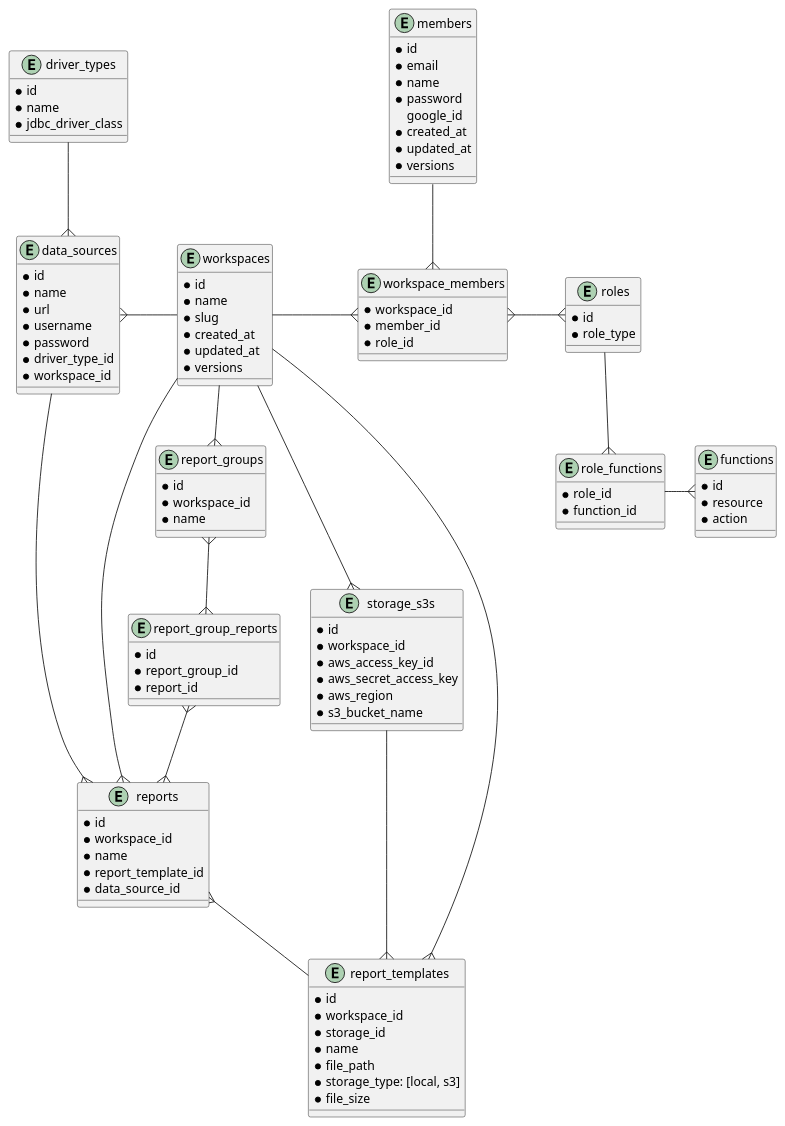
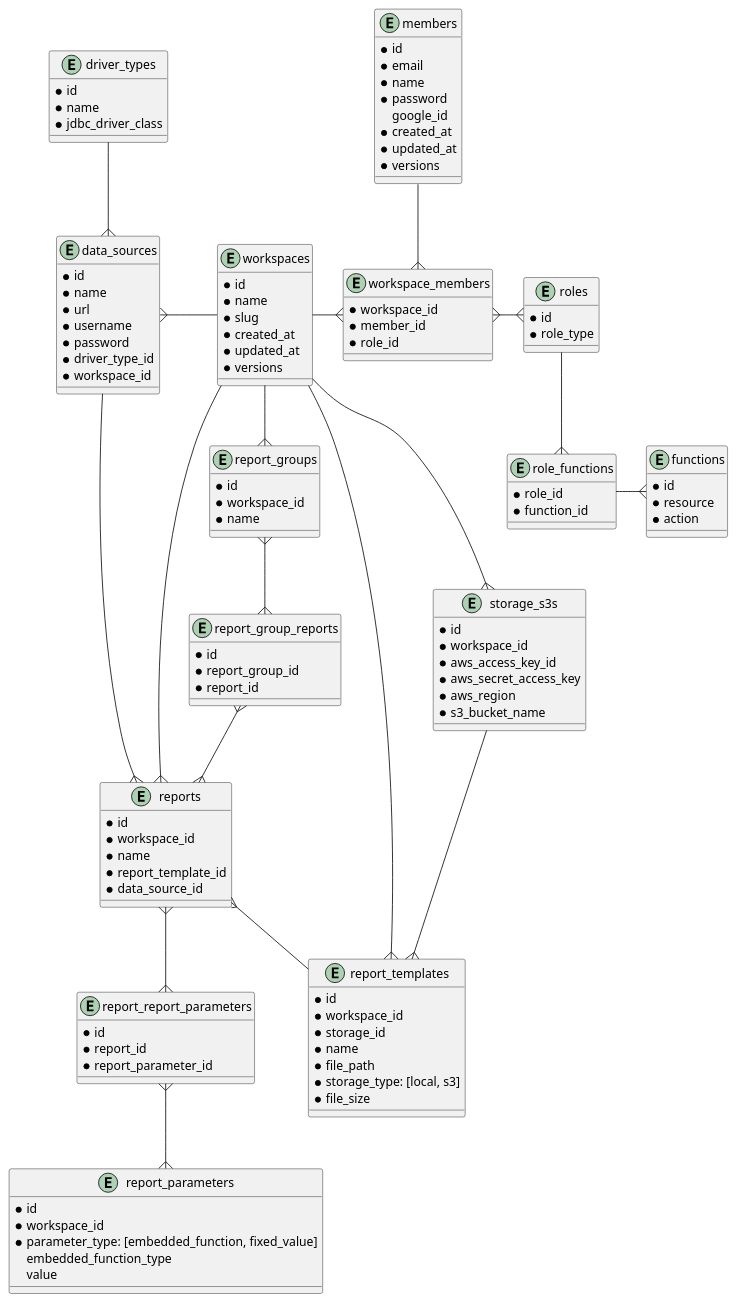
Before and after one commit to ijufumi/openreports-api: the diagram in docs/db/diagram.puml, drawn with PlantUML.

Commit message:
feat: add report_parameters

```diff
--- a/docs/db/diagram.puml
+++ b/docs/db/diagram.puml
@@ -1,117 +1,133 @@
 @startuml
 
 entity members {
   * id
   * email
   * name
   * password
     google_id
   * created_at
   * updated_at
   * versions
 }
 
 entity workspaces {
   * id
   * name
   * slug
   * created_at
   * updated_at
   * versions
 }
 
 entity workspace_members {
   * workspace_id
   * member_id
   * role_id
 }
 
 entity roles {
   * id
   * role_type
 }
 
 entity functions {
   * id
   * resource
   * action
 }
 
 entity role_functions {
   * role_id
   * function_id
 }
 
 entity data_sources {
   * id
   * name
   * url
   * username
   * password
   * driver_type_id
   * workspace_id
 }
 
 entity driver_types {
   * id
   * name
   * jdbc_driver_class
 }
 
 entity reports {
   * id
   * workspace_id
   * name
   * report_template_id
   * data_source_id
 }
 
 entity report_templates {
   * id
   * workspace_id
   * storage_id
   * name
   * file_path
   * storage_type: [local, s3]
   * file_size
 }
 
+entity report_parameters {
+  * id
+  * workspace_id
+  * parameter_type: [embedded_function, fixed_value]
+    embedded_function_type
+    value
+}
+
+entity report_report_parameters {
+  * id
+  * report_id
+  * report_parameter_id
+}
+
 entity report_groups {
   * id
   * workspace_id
   * name
 }
 
 entity report_group_reports {
   * id
   * report_group_id
   * report_id
 }
 
 entity storage_s3s {
   * id
   * workspace_id
   * aws_access_key_id
   * aws_secret_access_key
   * aws_region
   * s3_bucket_name
 }
 
 workspaces --r{ workspace_members
 workspace_members }--u members
 workspace_members }--r{ roles
 roles --{ role_functions
 role_functions --r{ functions
 workspaces --l{ data_sources
 workspaces --{ reports
 workspaces --{ report_templates
 workspaces --{ report_groups
 reports }-- report_templates
 report_groups }--{ report_group_reports
 report_group_reports }--{ reports
+reports }--{ report_report_parameters
+report_report_parameters }--{ report_parameters
 driver_types --{ data_sources
 data_sources --{ reports
 workspaces --r{ storage_s3s
 storage_s3s --{ report_templates
 
 @enduml
```
